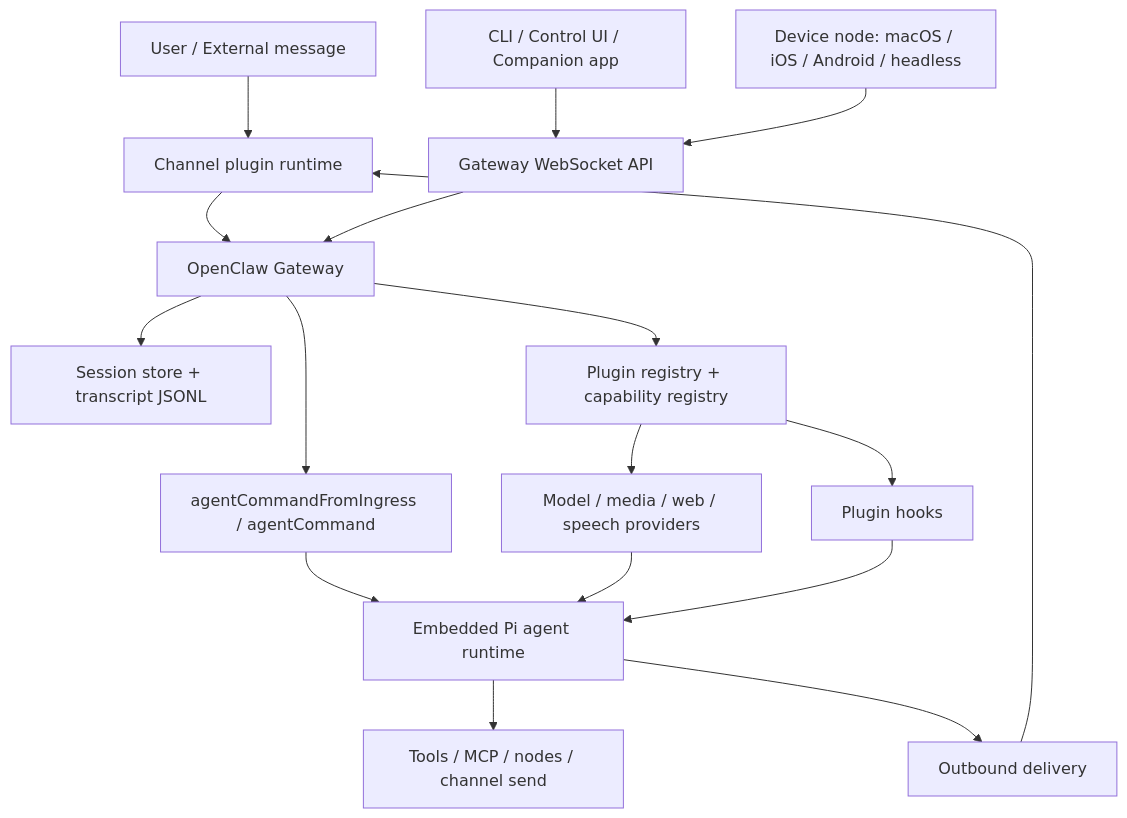
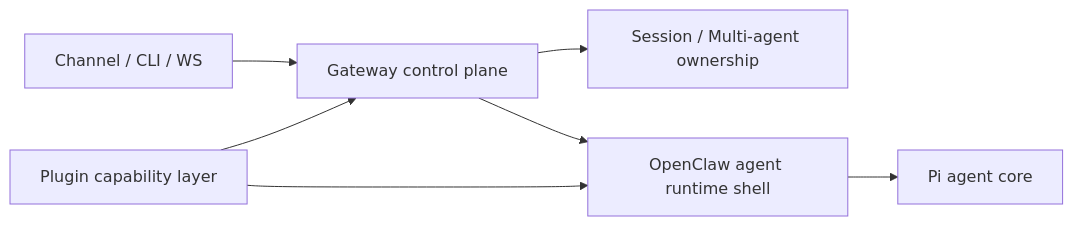
One commit to skybat007/octopus-research-kit changed the first of 2 diagrams in research/openclaw/architecture.md. Above: the diagram before and after it, drawn with Mermaid. The commit also changed other lines of this file and 83 other files, not shown here.

````diff
--- a/research/openclaw/architecture.md
+++ b/research/openclaw/architecture.md
@@ -14,19 +9,9 @@
 ```mermaid
-flowchart TD
-  User["User / External message"] --> Channel["Channel plugin runtime"]
-  Cli["CLI / Control UI / Companion app"] --> WS["Gateway WebSocket API"]
-  Node["Device node: macOS / iOS / Android / headless"] --> WS
-  Channel --> Gateway["OpenClaw Gateway"]
-  WS --> Gateway
-  Gateway --> Session["Session store + transcript JSONL"]
-  Gateway --> PluginRegistry["Plugin registry + capability registry"]
-  Gateway --> AgentCmd["agentCommandFromIngress / agentCommand"]
-  AgentCmd --> Pi["Embedded Pi agent runtime"]
-  Pi --> Tools["Tools / MCP / nodes / channel send"]
-  PluginRegistry --> Providers["Model / media / web / speech providers"]
-  PluginRegistry --> Hooks["Plugin hooks"]
-  Providers --> Pi
-  Hooks --> Pi
-  Pi --> Delivery["Outbound delivery"]
-  Delivery --> Channel
+flowchart LR
+    Channel["Channel / CLI / WS"] --> Gateway["Gateway control plane"]
+    Gateway --> Session["Session / Multi-agent ownership"]
+    Gateway --> Agent["OpenClaw agent runtime shell"]
+    Agent --> Pi["Pi agent core"]
+    Plugins["Plugin capability layer"] --> Gateway
+    Plugins --> Agent
 ```
````
